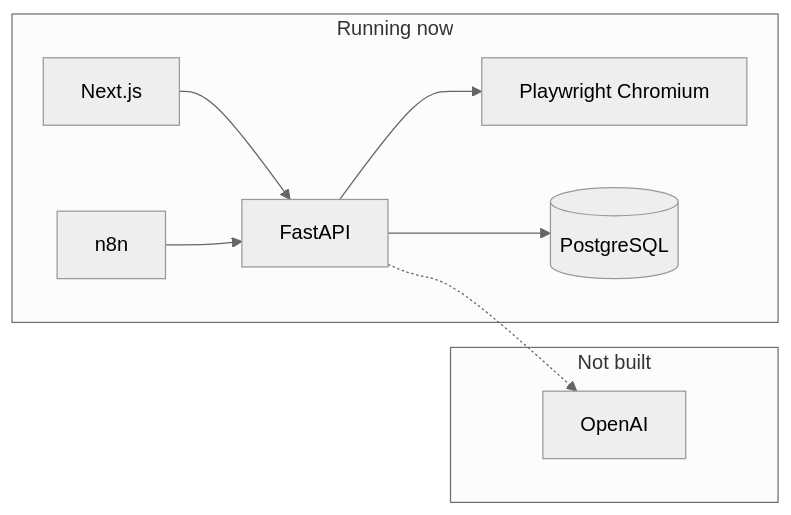
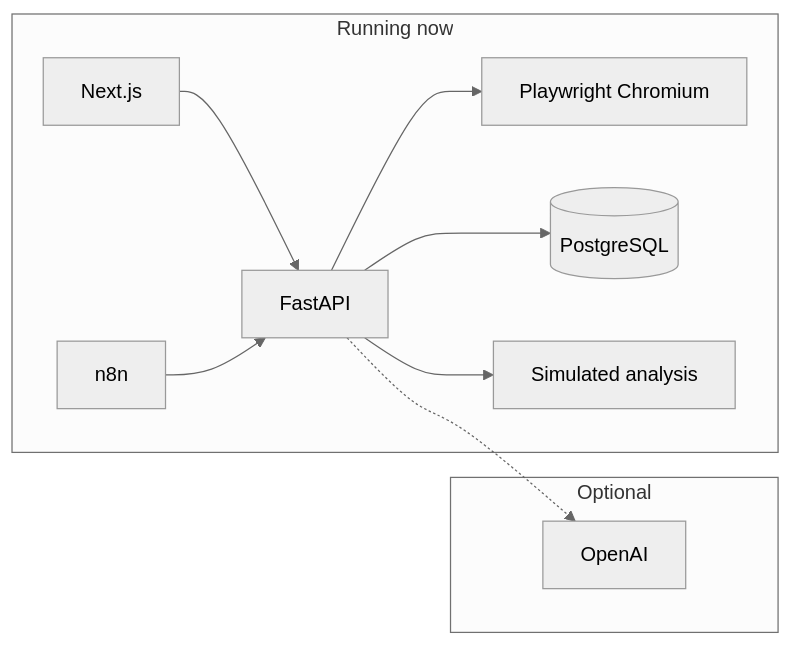
Before and after one commit to onmyownpace/sentinel: the second of 6 diagrams in docs/architecture/overview.md, drawn with Mermaid (neutral theme). The commit also changed other lines of this file and 175 other files, not shown here.

````diff
--- a/docs/architecture/overview.md
+++ b/docs/architecture/overview.md
@@ -117,20 +145,22 @@
 ```mermaid
 flowchart LR
   subgraph milestone [Running now]
     web[Next.js]
     api[FastAPI]
     chromium[Playwright Chromium]
     n8n[n8n]
     db[(PostgreSQL)]
+    sim[Simulated analysis]
   end
 
-  subgraph later [Not built]
+  subgraph optional [Optional]
     openai[OpenAI]
   end
 
   web --> api
   api --> db
   api --> chromium
   n8n --> api
+  api --> sim
   api -.-> openai
 ```
````
